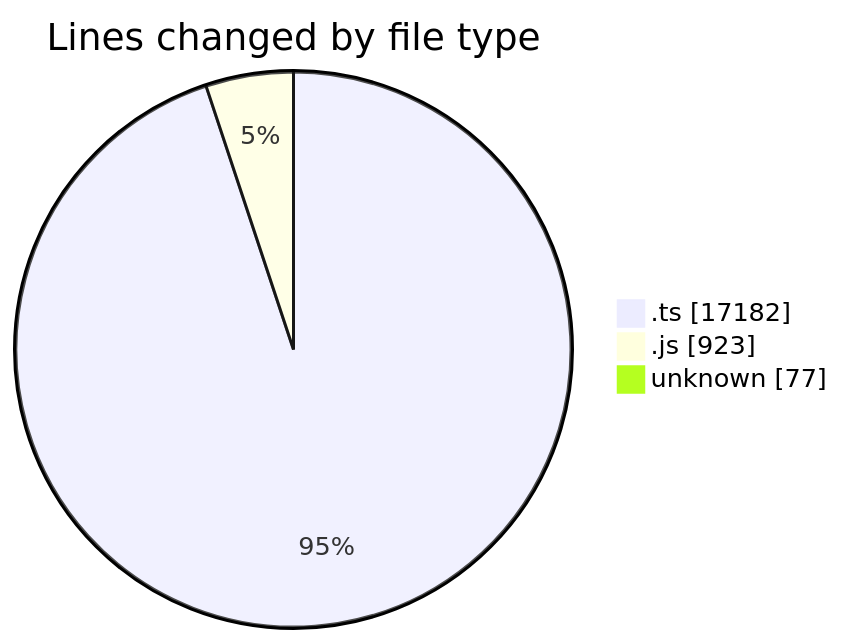
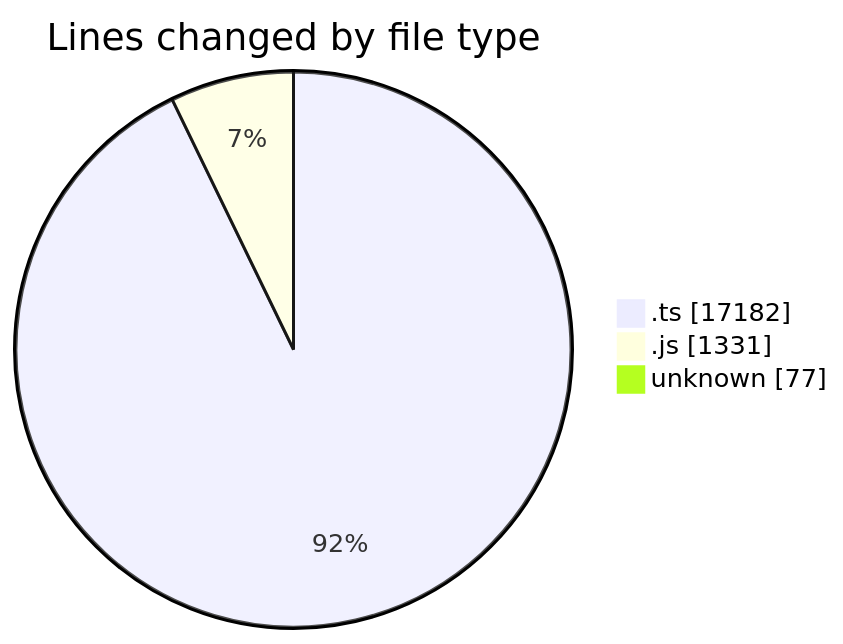
The first of 2 diagrams in 2026-02-03/cda/README.md (momahboobian/code-tracking), drawn with Mermaid before and after one commit. The commit also changed other lines of this file and 1 other file, not shown here.

````diff
--- a/2026-02-03/cda/README.md
+++ b/2026-02-03/cda/README.md
@@ -25,7 +27,7 @@
 ```mermaid
 pie showData
 title Lines changed by file type
 ".ts" : 17182
-".js" : 923
+".js" : 1331
 "unknown" : 77
 ```
````
